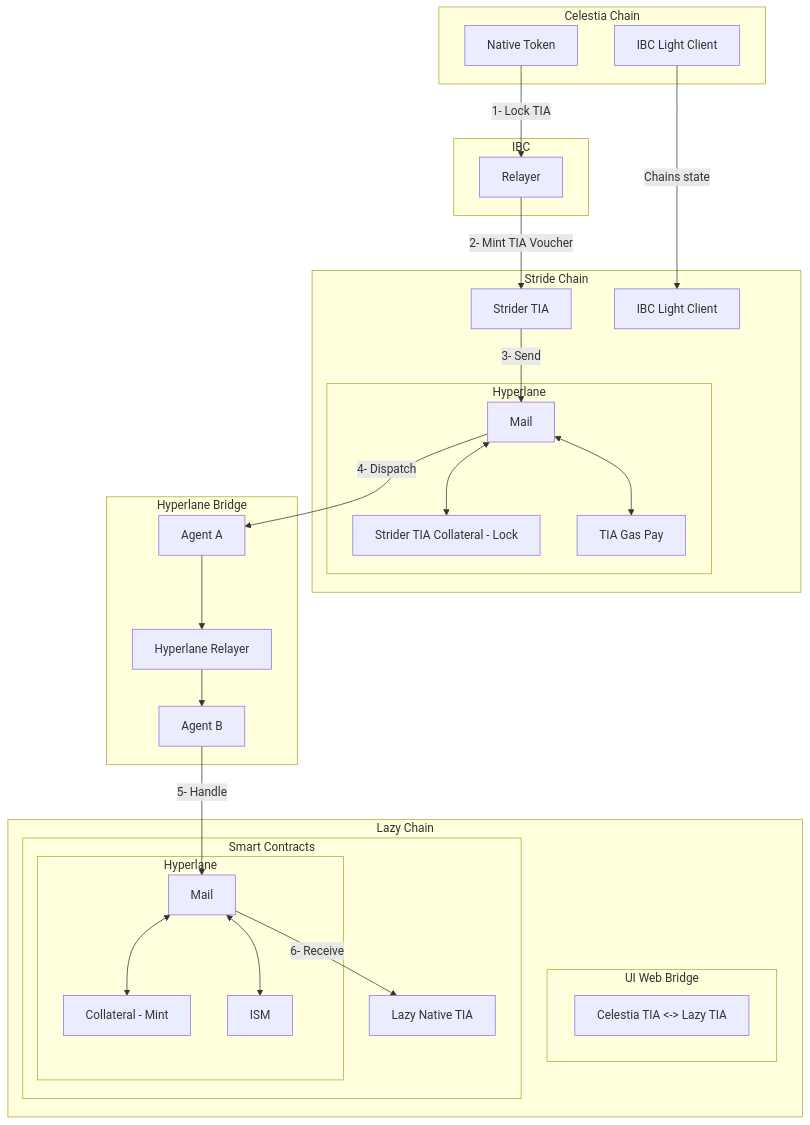
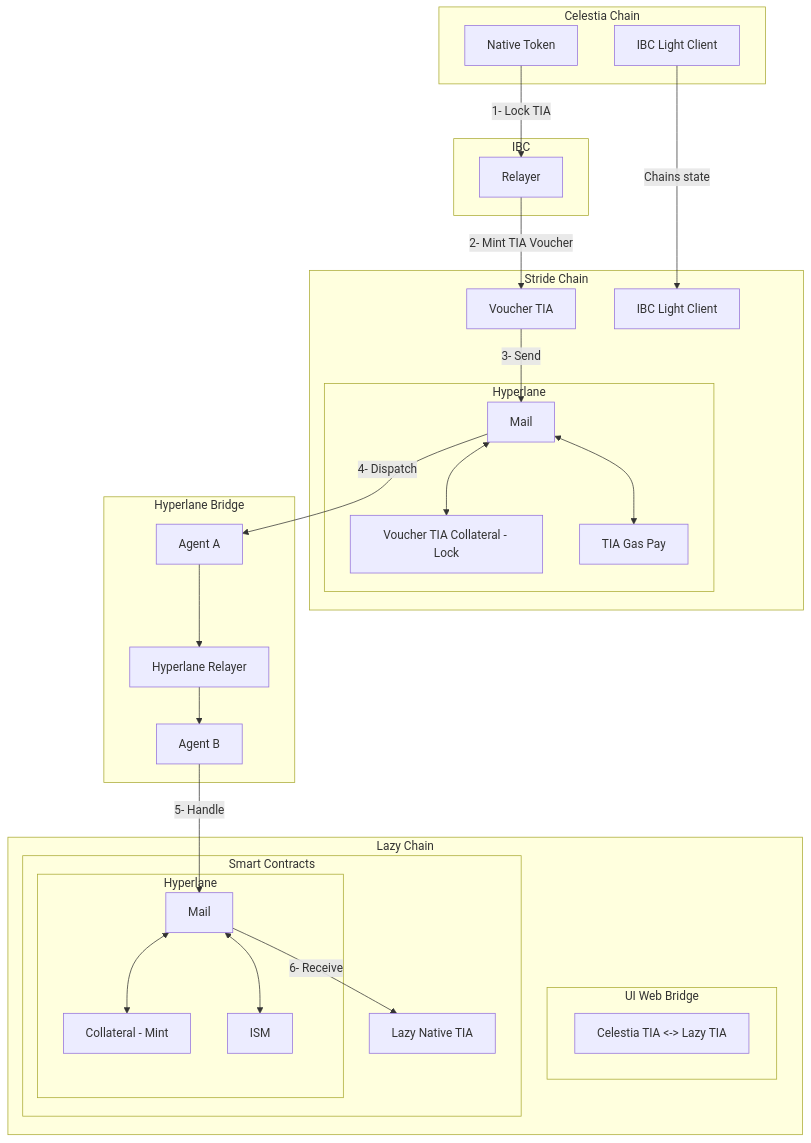
Before and after one commit to Lazychain/lazy_poc: the first of 6 diagrams in doc/design.md, drawn with Mermaid. The commit also changed 2 other files, not shown here.

Commit message:
fix: 003-adr destination token spec changed to ERC20

````diff
--- a/doc/design.md
+++ b/doc/design.md
@@ -31,62 +31,62 @@
 ```mermaid
 flowchart TB
     %% OC origin chain
     subgraph OC["Celestia Chain"]
         OC_NT["Native Token"]
         OC_IBC_LC["IBC Light Client"]
     end
 
     %% DC Destination chain
     subgraph DC["Lazy Chain"]
         subgraph DC_FE["UI Web Bridge"]
             DC_FE_UI["Celestia TIA <-> Lazy TIA"]
         end
         subgraph DC_SC["Smart Contracts"]
-            DC_ERC1155["Lazy Native TIA"]
+            DC_ERC20["Lazy Native TIA"]
             subgraph DC_HL["Hyperlane"]
                 DC_MINT["Collateral - Mint"]
                 DC_MAIL["Mail"]
                 DC_ISM["ISM"]
 
                 DC_MAIL <--> DC_ISM
                 DC_MAIL <--> DC_MINT
             end
         end
 
     end
 
     %% IC intermediate chain
     subgraph IC["Stride Chain"]
-        IC_ICS20["Strider TIA"]
+        IC_ICS20["Voucher TIA"]
         IC_IBC_LC["IBC Light Client"]
         subgraph IC_HL["Hyperlane"]
-            IC_LOCK["Strider TIA Collateral - Lock"]
+            IC_LOCK["Voucher TIA Collateral - Lock"]
             IC_MAIL["Mail"]
             IC_GAS["TIA Gas Pay"]
 
             IC_MAIL <--> IC_GAS
             IC_MAIL <--> IC_LOCK
         end
     end
 
     subgraph IBC["IBC"]
         IBC_RL["Relayer"]
     end
 
     subgraph HL["Hyperlane Bridge"]
         HL_RY["Hyperlane Relayer"]
         HL_A["Agent A"]
         HL_B["Agent B"]
     end
 
     OC_NT -- 1- Lock TIA --> IBC_RL
     IBC_RL -- 2- Mint TIA Voucher --> IC_ICS20
     OC_IBC_LC -- Chains state --> IC_IBC_LC
 
     IC_ICS20 -- 3- Send --> IC_MAIL
     IC_MAIL -- 4- Dispatch --> HL_A
     HL_A --> HL_RY
     HL_RY --> HL_B
     HL_B -- 5- Handle --> DC_MAIL
-    DC_MAIL -- 6- Receive --> DC_ERC1155
+    DC_MAIL -- 6- Receive --> DC_ERC20
 ```
````
